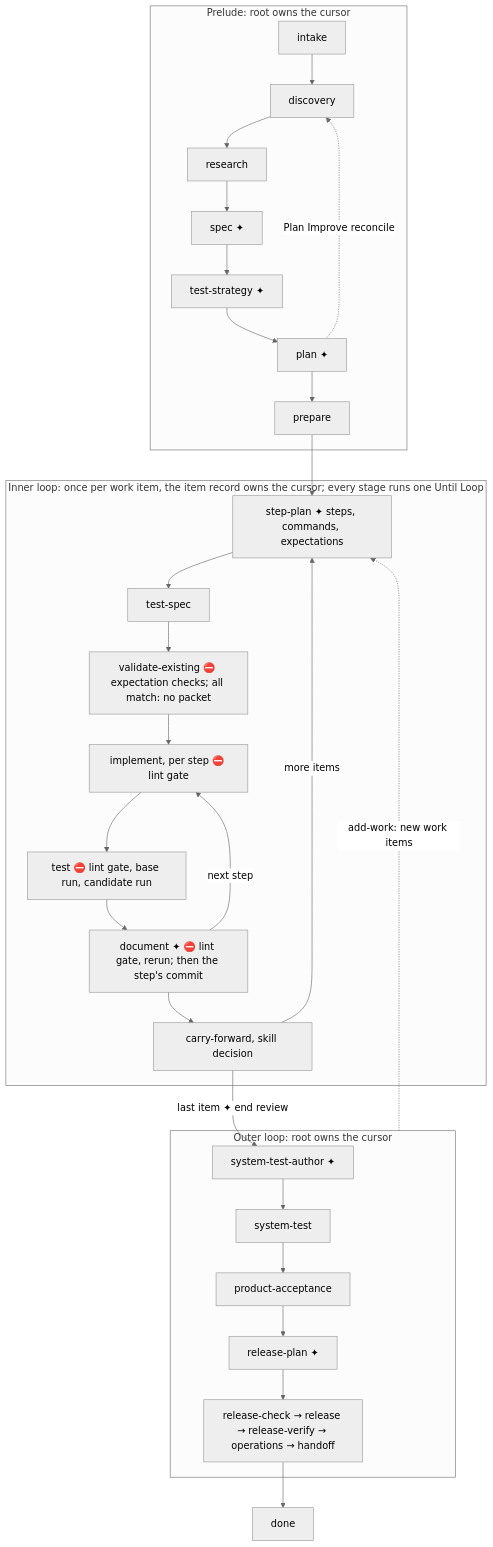
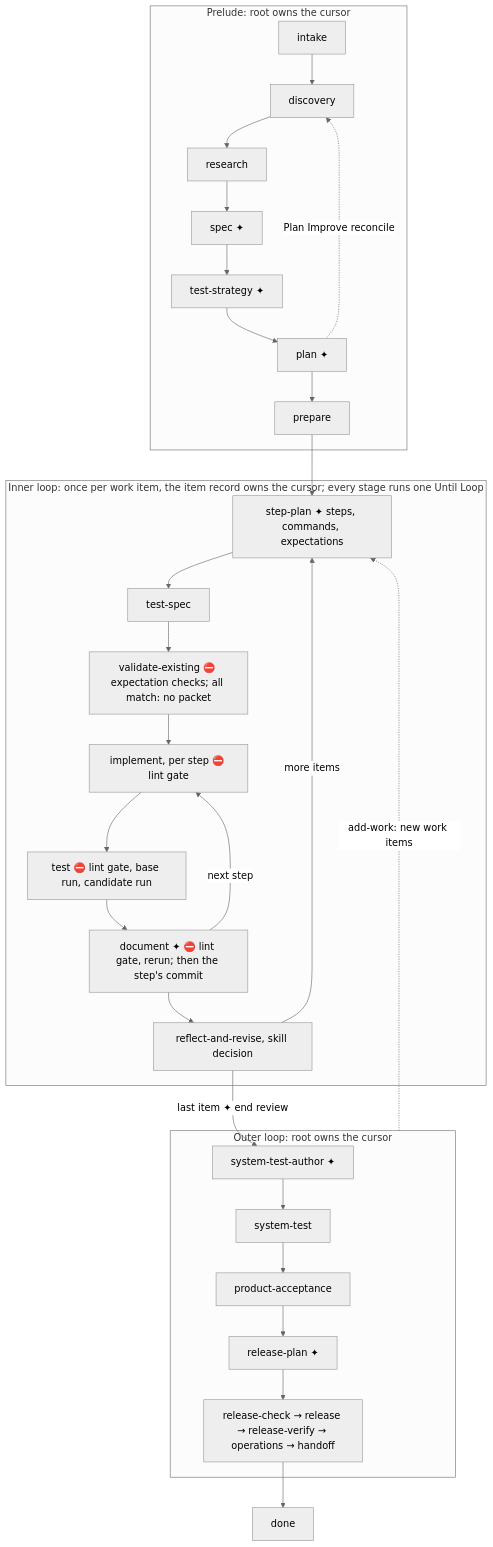
One commit to whichguy/skill-craft changed the second of 5 diagrams in plugins/skill-craft/skills/shiploop/references/navigator.md. Above: the diagram before and after it, drawn with Mermaid (neutral theme). The commit also changed other lines of this file and 58 other files, not shown here.

````diff
--- a/plugins/skill-craft/skills/shiploop/references/navigator.md
+++ b/plugins/skill-craft/skills/shiploop/references/navigator.md
@@ -75,25 +75,25 @@
 ```mermaid
 flowchart TD
   subgraph PRELUDE[Prelude: root owns the cursor]
     intake --> discovery --> research --> spec[spec ✦] --> ts[test-strategy ✦] --> plan[plan ✦] --> prepare
     plan -. "Plan Improve reconcile" .-> discovery
   end
   prepare --> SP
   subgraph INNER[Inner loop: once per work item, the item record owns the cursor; every stage runs one Until Loop]
     SP[step-plan ✦ steps, commands, expectations] --> TS[test-spec]
     TS --> VE[validate-existing ⛔ expectation checks; all match: no packet]
     VE --> IM[implement, per step ⛔ lint gate]
     IM --> TE[test ⛔ lint gate, base run, candidate run]
     TE --> DOC[document ✦ ⛔ lint gate, rerun; then the step's commit]
     DOC -->|next step| IM
-    DOC --> CF[carry-forward, skill decision]
+    DOC --> CF[reflect-and-revise, skill decision]
     CF -->|more items| SP
   end
   CF -->|"last item ✦ end review"| STA
   subgraph OUTER[Outer loop: root owns the cursor]
     STA[system-test-author ✦] --> ST[system-test] --> PA[product-acceptance] --> RP[release-plan ✦]
     RP --> REL[release-check → release → release-verify → operations → handoff]
   end
   OUTER -. "add-work: new work items" .-> SP
   REL --> done
 ```
````
